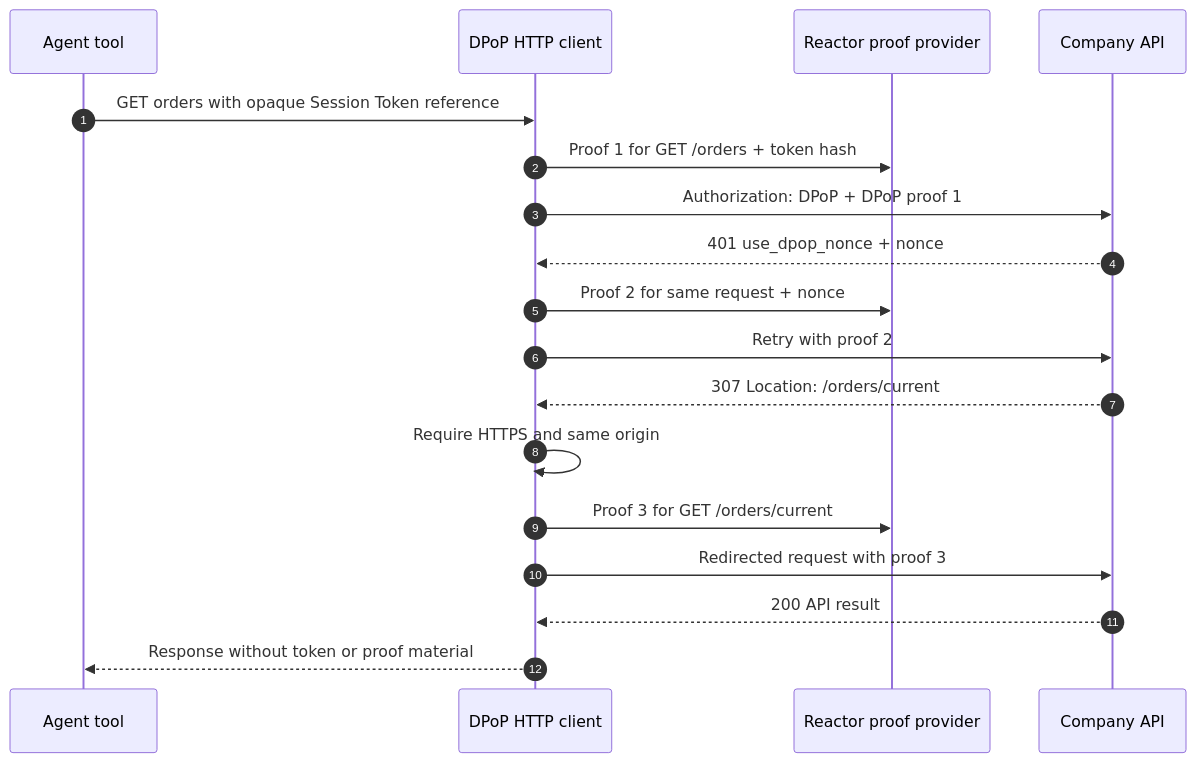
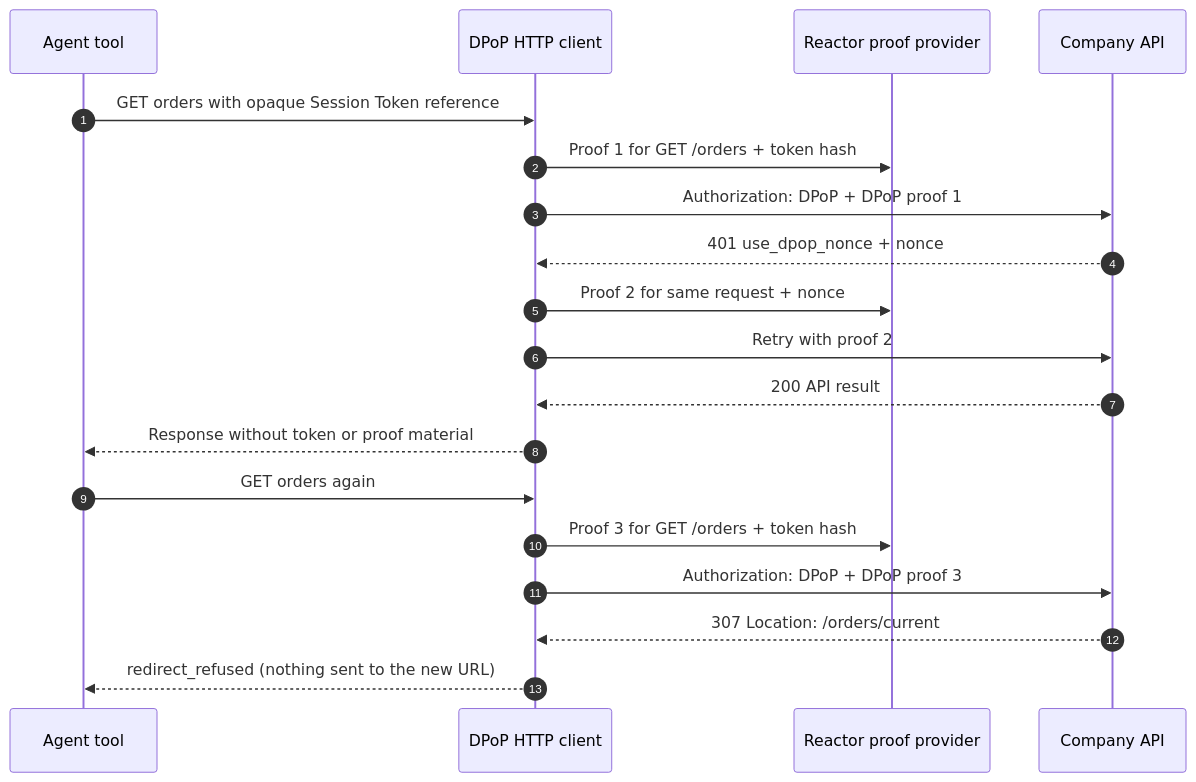
The diagram in docs/docs/examples/dpop-transport.mdx (datalayer/personal-agent-protocol), drawn with Mermaid before and after one commit. The commit also changed other lines of this file and 41 other files, not shown here.

````diff
--- a/docs/docs/examples/dpop-transport.mdx
+++ b/docs/docs/examples/dpop-transport.mdx
@@ -13,20 +14,21 @@
 ```mermaid
 sequenceDiagram
   autonumber
   participant A as Agent tool
   participant H as DPoP HTTP client
   participant P as Reactor proof provider
   participant C as Company API
   A->>H: GET orders with opaque Session Token reference
   H->>P: Proof 1 for GET /orders + token hash
   H->>C: Authorization: DPoP + DPoP proof 1
   C-->>H: 401 use_dpop_nonce + nonce
   H->>P: Proof 2 for same request + nonce
   H->>C: Retry with proof 2
-  C-->>H: 307 Location: /orders/current
-  H->>H: Require HTTPS and same origin
-  H->>P: Proof 3 for GET /orders/current
-  H->>C: Redirected request with proof 3
   C-->>H: 200 API result
   H-->>A: Response without token or proof material
+  A->>H: GET orders again
+  H->>P: Proof 3 for GET /orders + token hash
+  H->>C: Authorization: DPoP + DPoP proof 3
+  C-->>H: 307 Location: /orders/current
+  H-->>A: redirect_refused (nothing sent to the new URL)
 ```
````
